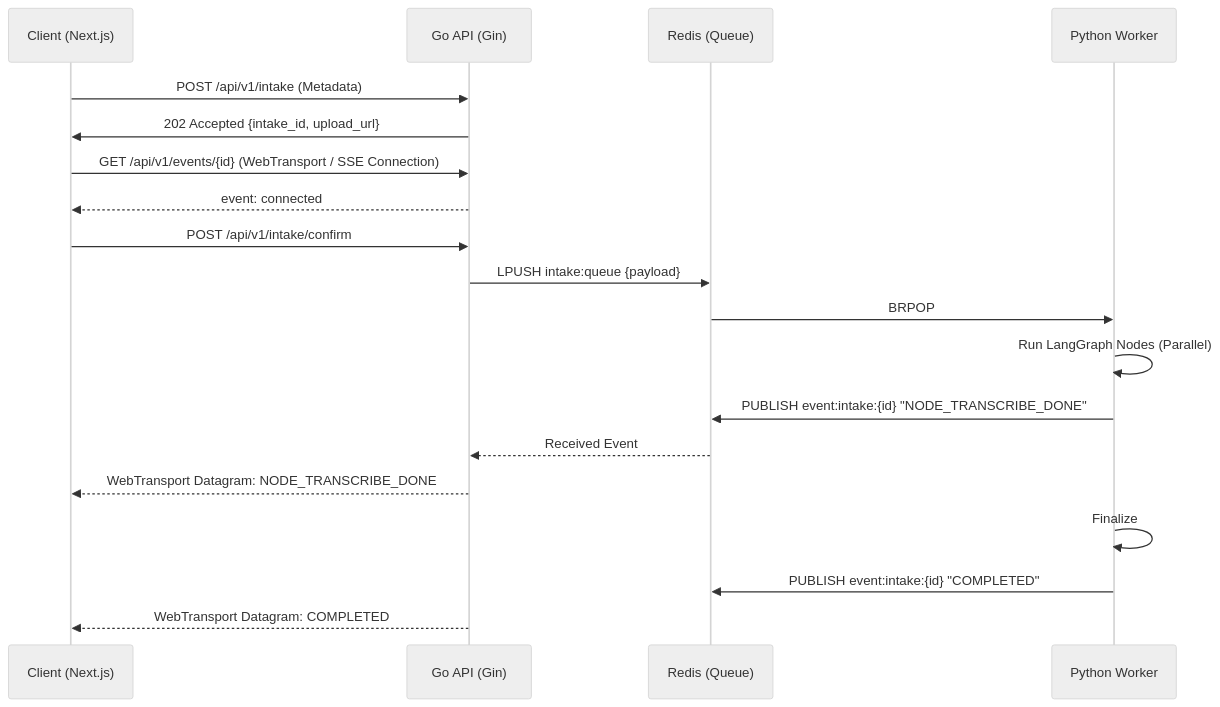
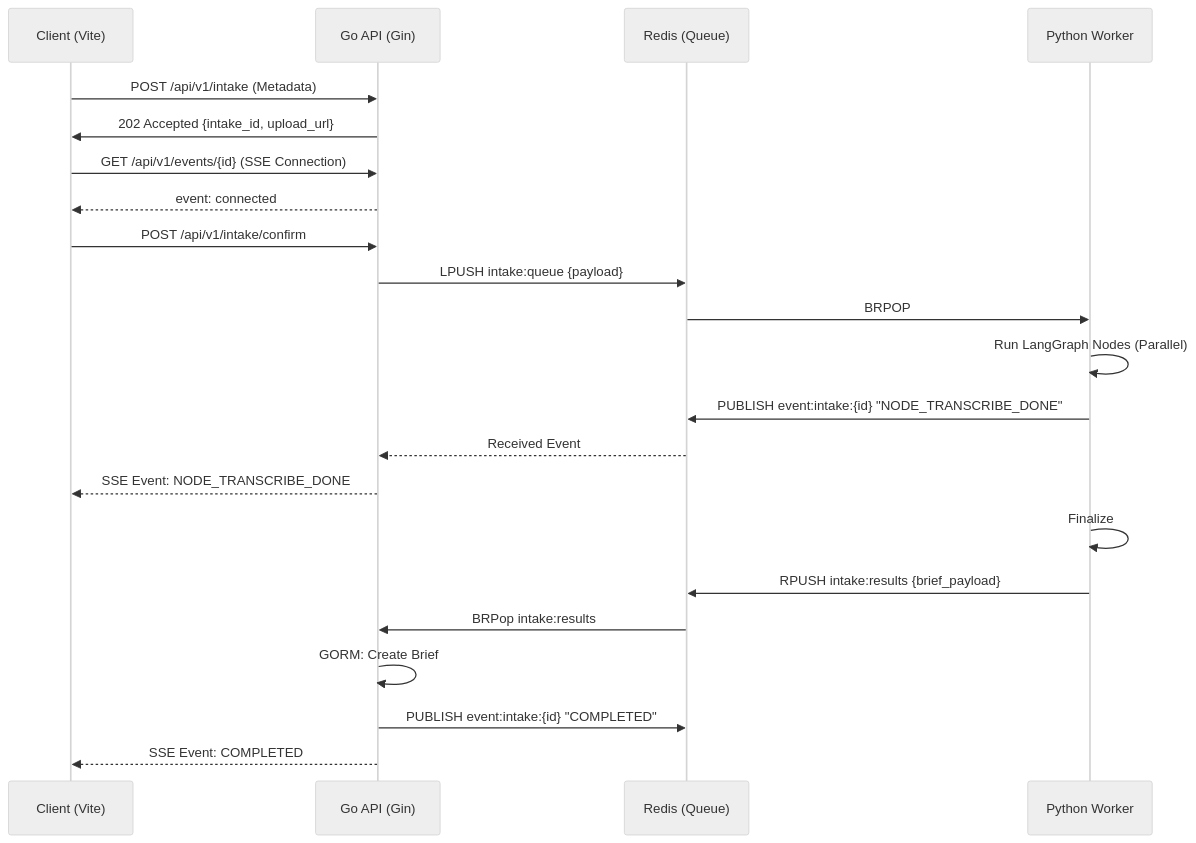
The fourth of 4 diagrams in docs/architecture/BRIEFLY_MASTER_ARCHITECTURE.md (m-amir-gomaa/Briefly), drawn with Mermaid (neutral theme) before and after one commit. The commit also changed other lines of this file and 26 other files, not shown here.

````diff
--- a/docs/architecture/BRIEFLY_MASTER_ARCHITECTURE.md
+++ b/docs/architecture/BRIEFLY_MASTER_ARCHITECTURE.md
@@ -252,24 +244,27 @@
 ```mermaid
 sequenceDiagram
-    participant C as Client (Next.js)
+    participant C as Client (Vite)
     participant A as Go API (Gin)
     participant R as Redis (Queue)
     participant W as Python Worker
     
     C->>A: POST /api/v1/intake (Metadata)
     A->>C: 202 Accepted {intake_id, upload_url}
-    C->>A: GET /api/v1/events/{id} (WebTransport / SSE Connection)
+    C->>A: GET /api/v1/events/{id} (SSE Connection)
     A-->>C: event: connected
     
     C->>A: POST /api/v1/intake/confirm
     A->>R: LPUSH intake:queue {payload}
     R->>W: BRPOP
     W->>W: Run LangGraph Nodes (Parallel)
     W->>R: PUBLISH event:intake:{id} "NODE_TRANSCRIBE_DONE"
     R-->>A: Received Event
-    A-->>C: WebTransport Datagram: NODE_TRANSCRIBE_DONE
+    A-->>C: SSE Event: NODE_TRANSCRIBE_DONE
     
     W->>W: Finalize
-    W->>R: PUBLISH event:intake:{id} "COMPLETED"
-    A-->>C: WebTransport Datagram: COMPLETED
+    W->>R: RPUSH intake:results {brief_payload}
+    R->>A: BRPop intake:results
+    A->>A: GORM: Create Brief
+    A->>R: PUBLISH event:intake:{id} "COMPLETED"
+    A-->>C: SSE Event: COMPLETED
 ```
````
